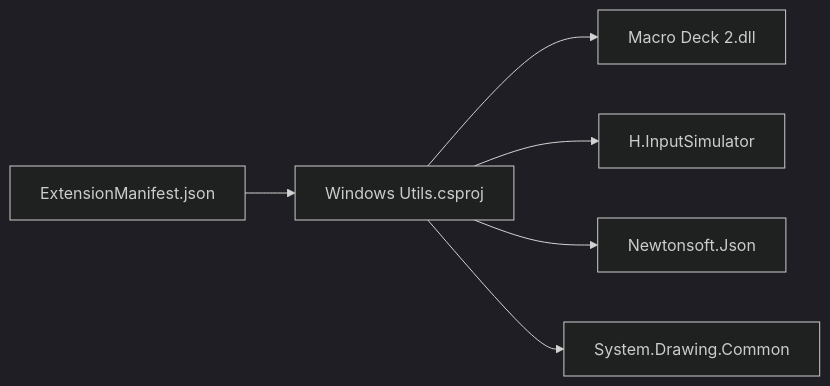
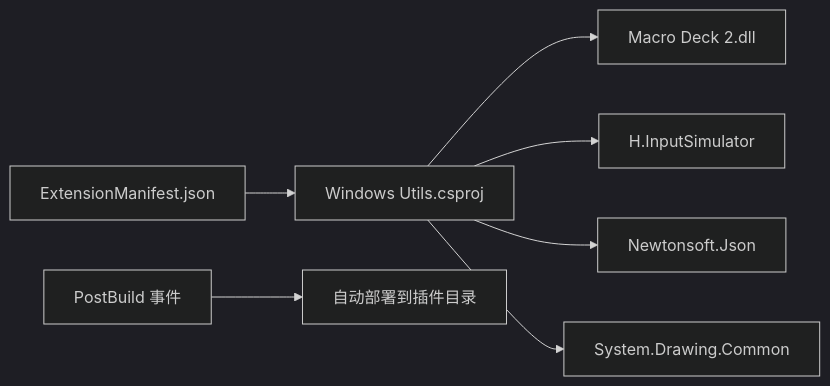
One commit to tea4go/Macro-Deck-Windows-Utils-Plugin changed the fifth of 5 diagrams in .qoder/repowiki/zh/content/开发者指南/开发者指南.md. Above: the diagram before and after it, drawn with Mermaid (dark theme). The commit also changed other lines of this file and 30 other files, not shown here.

````diff
--- a/.qoder/repowiki/zh/content/开发者指南/开发者指南.md
+++ b/.qoder/repowiki/zh/content/开发者指南/开发者指南.md
@@ -252,8 +309,9 @@
 ```mermaid
 graph LR
 P["Windows Utils.csproj"] --> API["Macro Deck 2.dll"]
 P --> H["H.InputSimulator"]
 P --> N["Newtonsoft.Json"]
 P --> S["System.Drawing.Common"]
 M["ExtensionManifest.json"] --> P
+PB["PostBuild 事件"] --> DEPLOY["自动部署到插件目录"]
 ```
````
